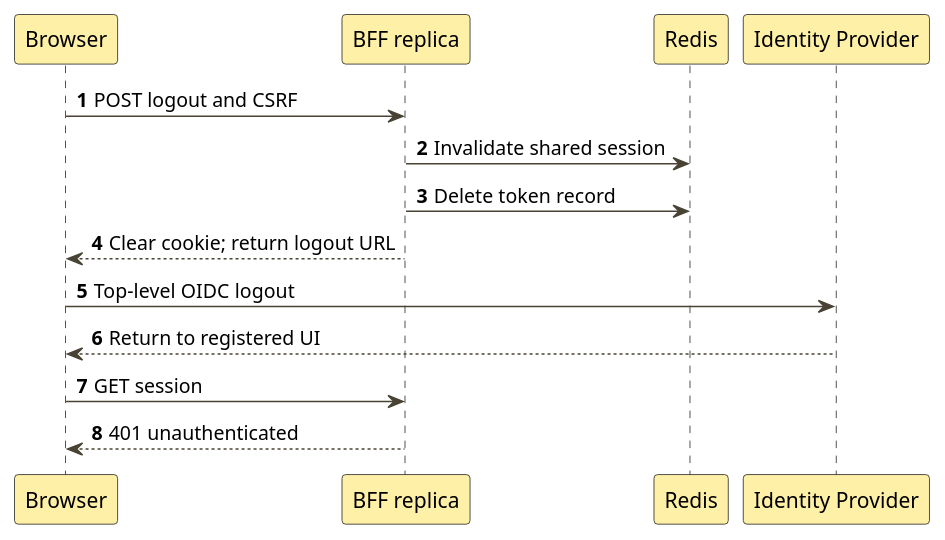
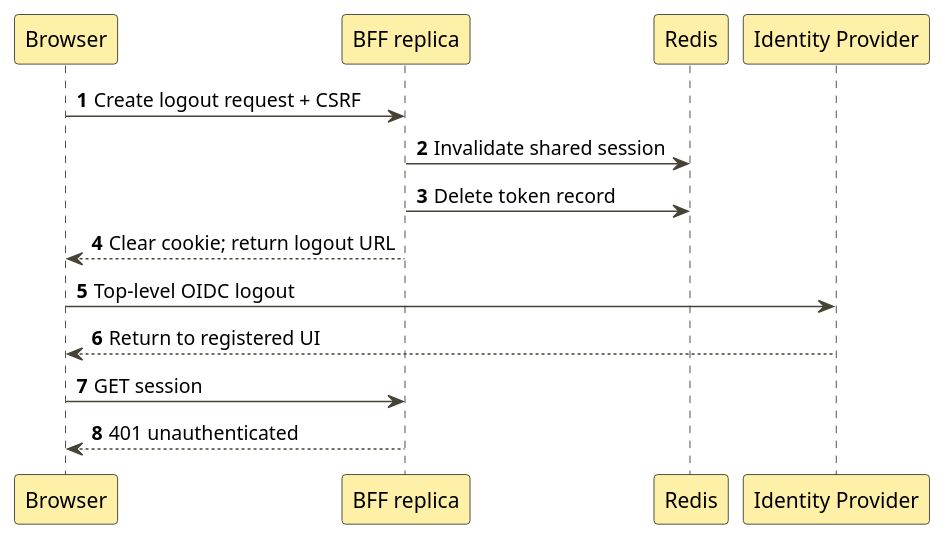
Before and after one commit to renjithpta/app-dff-login-docs: the diagram in docs/centralized-sso/diagram-source/07_logout_sequence.puml, drawn with PlantUML. The commit also changed 24 other files, not shown here.

```diff
--- a/docs/centralized-sso/diagram-source/07_logout_sequence.puml
+++ b/docs/centralized-sso/diagram-source/07_logout_sequence.puml
@@ -1,19 +1,19 @@
 @startuml
 skinparam shadowing false
 skinparam ParticipantBackgroundColor #FFF0A8
 skinparam ActivationBackgroundColor #FFF6D2
 skinparam ArrowColor #484334
 autonumber
 participant "Browser" as P0
 participant "BFF replica" as P1
 participant "Redis" as P2
 participant "Identity Provider" as P3
-P0 -> P1: POST logout and CSRF
+P0 -> P1: Create logout request + CSRF
 P1 -> P2: Invalidate shared session
 P1 -> P2: Delete token record
 P1 --> P0: Clear cookie; return logout URL
 P0 -> P3: Top-level OIDC logout
 P3 --> P0: Return to registered UI
 P0 -> P1: GET session
 P1 --> P0: 401 unauthenticated
 @enduml
```
